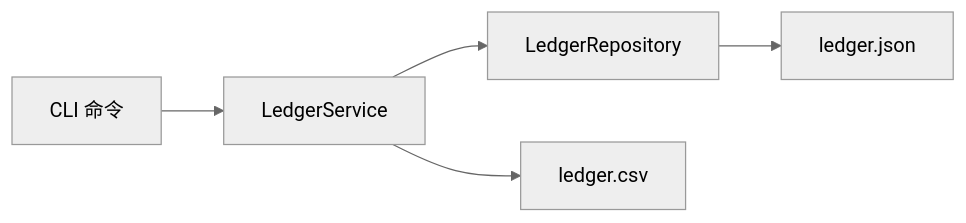
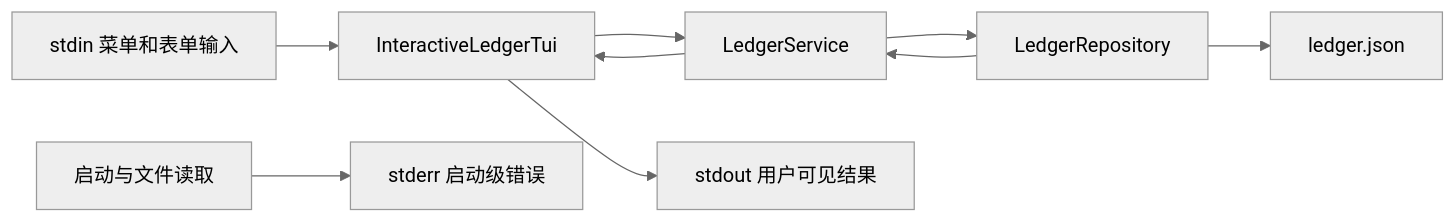
Before and after one commit to JerryChen-USTB/CodeAgent: the seventh of 7 diagrams in benchmark/selfbuilt/cases/02_personal_ledger/input/design_model.md, drawn with Mermaid (neutral theme). The commit also changed other lines of this file and 67 other files, not shown here.

````diff
--- a/benchmark/selfbuilt/cases/02_personal_ledger/input/design_model.md
+++ b/benchmark/selfbuilt/cases/02_personal_ledger/input/design_model.md
@@ -53,7 +225,11 @@
 ```mermaid
 flowchart LR
-    CLI["CLI 命令"] --> Service["LedgerService"]
+    Input["stdin 菜单和表单输入"] --> TUI["InteractiveLedgerTui"]
+    TUI --> Service["LedgerService"]
     Service --> Repo["LedgerRepository"]
     Repo --> Json["ledger.json"]
-    Service --> Csv["ledger.csv"]
+    Repo --> Service
+    Service --> TUI
+    TUI --> Output["stdout 用户可见结果"]
+    App["启动与文件读取"] --> Error["stderr 启动级错误"]
 ```
````
